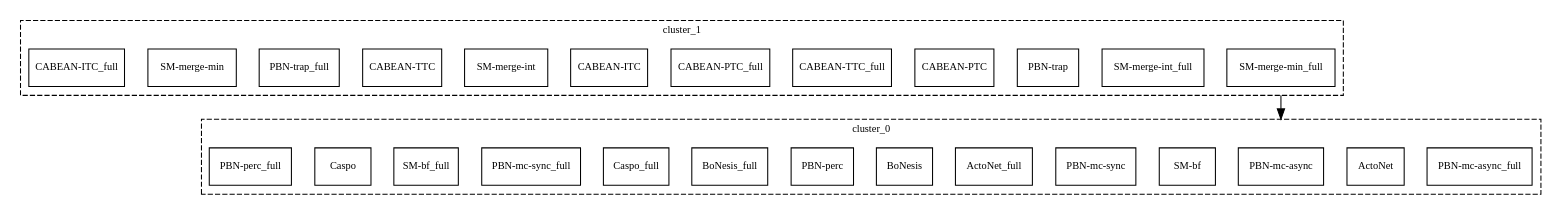
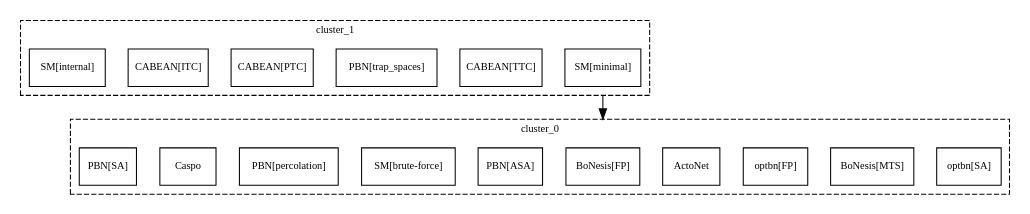
One commit to kalebmoon07/BN-control-taxonomy changed the diagram in experiments/results/counterexamples/ce_yes_P_no_R/_graph_tred.dot. Above: the diagram before and after it, drawn with Graphviz. The commit also changed 195 other files, not shown here.

```diff
--- a/experiments/results/counterexamples/ce_yes_P_no_R/_graph_tred.dot
+++ b/experiments/results/counterexamples/ce_yes_P_no_R/_graph_tred.dot
@@ -1,42 +1,32 @@
 strict digraph G {
 graph [fontsize=10, fontname=Verdana, compound=true];
 node [shape=record, fontsize=10, fontname=Verdana];
 graph [nodesep=0.3, ranksep=0.8];
 subgraph cluster_0 {
 label="cluster_0";
 graph [style=dashed, color=black];
-"PBN-mc-async_full";
+"optbn[SA]";
+"BoNesis[MTS]";
+"optbn[FP]";
 ActoNet;
-"PBN-mc-async";
-"SM-bf";
-"PBN-mc-sync";
-ActoNet_full;
-BoNesis;
-"PBN-perc";
-BoNesis_full;
-Caspo_full;
-"PBN-mc-sync_full";
-"SM-bf_full";
+"BoNesis[FP]";
+"PBN[ASA]";
+"SM[brute-force]";
+"PBN[percolation]";
 Caspo;
-"PBN-perc_full";
+"PBN[SA]";
 }
 
 subgraph cluster_1 {
 label="cluster_1";
 graph [style=dashed, color=black];
-"SM-merge-min_full";
-"SM-merge-int_full";
-"PBN-trap";
-"CABEAN-PTC";
-"CABEAN-TTC_full";
-"CABEAN-PTC_full";
-"CABEAN-ITC";
-"SM-merge-int";
-"CABEAN-TTC";
-"PBN-trap_full";
-"SM-merge-min";
-"CABEAN-ITC_full";
+"SM[minimal]";
+"CABEAN[TTC]";
+"PBN[trap_spaces]";
+"CABEAN[PTC]";
+"CABEAN[ITC]";
+"SM[internal]";
 }
 
-"SM-merge-min_full" -> "PBN-mc-async" [ltail="cluster_1", lhead="cluster_0"];
+"SM[minimal]" -> "BoNesis[FP]" [ltail="cluster_1", lhead="cluster_0"];
 }
```
